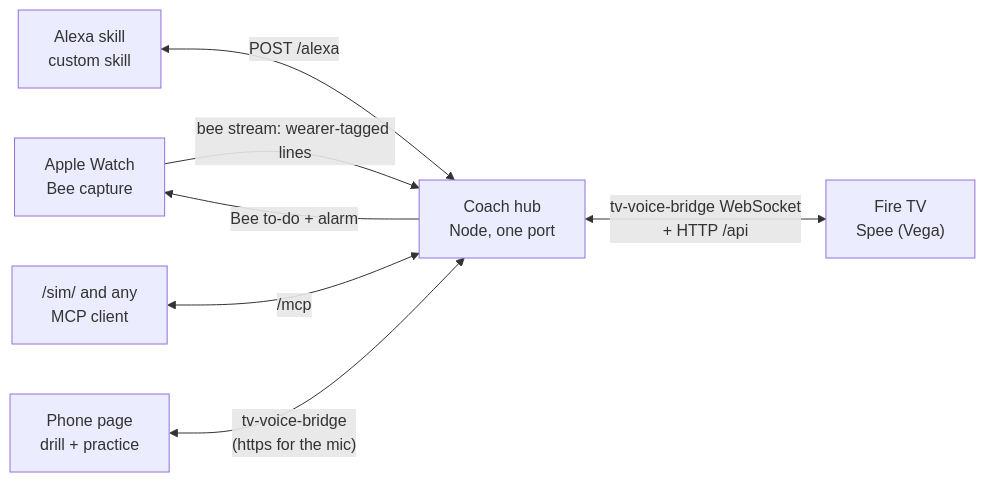
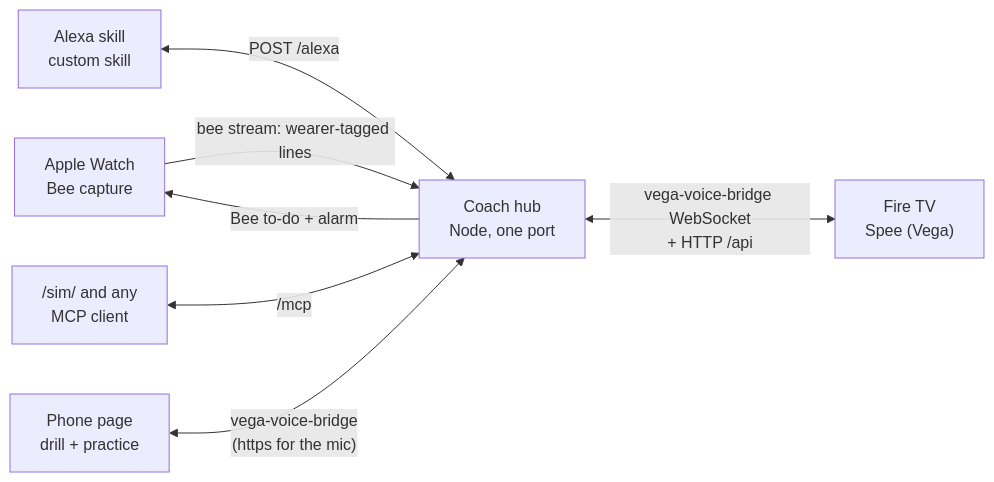
Before and after one commit to Zen-cronic/spee: the diagram in README.md, drawn with Mermaid. The commit also changed other lines of this file and 2 other files, not shown here.

Commit message:
docs: name the bridge vega-voice-bridge 0.4.2
Claude-Session: https://claude.ai/code/session_016kpLskCqY5gdu4NPzr762w

````diff
--- a/README.md
+++ b/README.md
@@ -47,9 +47,9 @@
 ```mermaid
 flowchart LR
   W["Apple Watch<br/>Bee capture"] -->|"bee stream: wearer-tagged lines"| H
   H["Coach hub<br/>Node, one port"] -->|"Bee to-do + alarm"| W
   A["Alexa skill<br/>custom skill"] <-->|"POST /alexa"| H
   S["/sim/ and any<br/>MCP client"] <-->|"/mcp"| H
-  H <-->|"tv-voice-bridge WebSocket<br/>+ HTTP /api"| T["Fire TV<br/>Spee (Vega)"]
-  P["Phone page<br/>drill + practice"] <-->|"tv-voice-bridge<br/>(https for the mic)"| H
+  H <-->|"vega-voice-bridge WebSocket<br/>+ HTTP /api"| T["Fire TV<br/>Spee (Vega)"]
+  P["Phone page<br/>drill + practice"] <-->|"vega-voice-bridge<br/>(https for the mic)"| H
 ```
````
